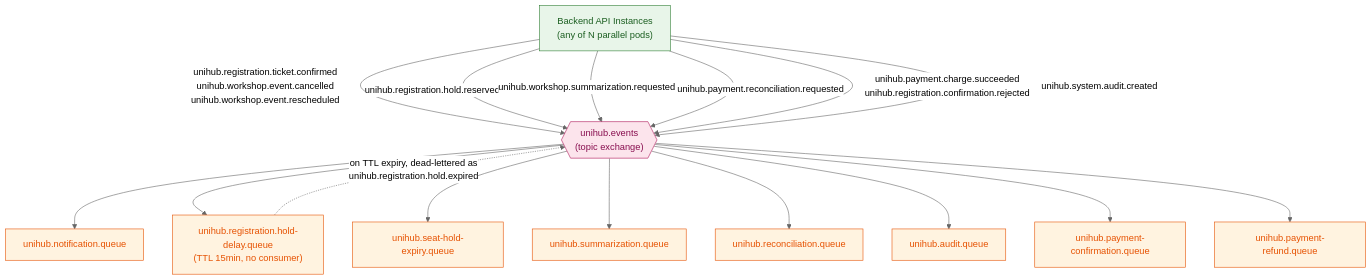
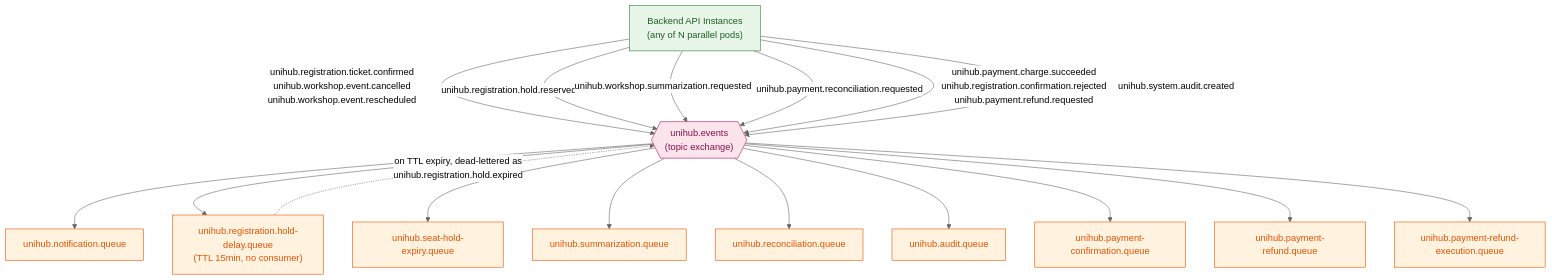
The first of 2 diagrams in docs/technical-design/platform/messaging.md (tiennt220805/UniHub), drawn with Mermaid (neutral theme) before and after one commit. The commit also changed other lines of this file and 16 other files, not shown here.

````diff
--- a/docs/technical-design/platform/messaging.md
+++ b/docs/technical-design/platform/messaging.md
@@ -79,31 +81,32 @@
 ```mermaid
 flowchart TB
     Producers["Backend API Instances\n(any of N parallel pods)"]
     Exchange{{"unihub.events\n(topic exchange)"}}
 
     Producers -->|"unihub.registration.ticket.confirmed\nunihub.workshop.event.cancelled\nunihub.workshop.event.rescheduled"| Exchange
     Producers -->|"unihub.registration.hold.reserved"| Exchange
     Producers -->|"unihub.workshop.summarization.requested"| Exchange
     Producers -->|"unihub.payment.reconciliation.requested"| Exchange
-    Producers -->|"unihub.payment.charge.succeeded\nunihub.registration.confirmation.rejected"| Exchange
+    Producers -->|"unihub.payment.charge.succeeded\nunihub.registration.confirmation.rejected\nunihub.payment.refund.requested"| Exchange
     Producers -->|"unihub.system.audit.created"| Exchange
 
     Exchange --> QNotif["unihub.notification.queue"]
     Exchange --> QDelay["unihub.registration.hold-delay.queue\n(TTL 15min, no consumer)"]
     Exchange --> QExpiry["unihub.seat-hold-expiry.queue"]
     Exchange --> QSummary["unihub.summarization.queue"]
     Exchange --> QRecon["unihub.reconciliation.queue"]
     Exchange --> QAudit["unihub.audit.queue"]
     Exchange --> QPayConf["unihub.payment-confirmation.queue"]
     Exchange --> QPayRefund["unihub.payment-refund.queue"]
+    Exchange --> QPayRefundExec["unihub.payment-refund-execution.queue"]
 
     QDelay -.->|"on TTL expiry, dead-lettered as\nunihub.registration.hold.expired"| Exchange
 
     classDef apiStyle fill:#E8F5E9,stroke:#2E7D32,color:#1B5E20
     classDef exStyle fill:#FCE4EC,stroke:#AD1457,color:#880E4F
     classDef qStyle fill:#FFF3E0,stroke:#E65100,color:#E65100
 
     class Producers apiStyle
     class Exchange exStyle
-    class QNotif,QDelay,QExpiry,QSummary,QRecon,QAudit,QPayConf,QPayRefund qStyle
+    class QNotif,QDelay,QExpiry,QSummary,QRecon,QAudit,QPayConf,QPayRefund,QPayRefundExec qStyle
 ```
````
